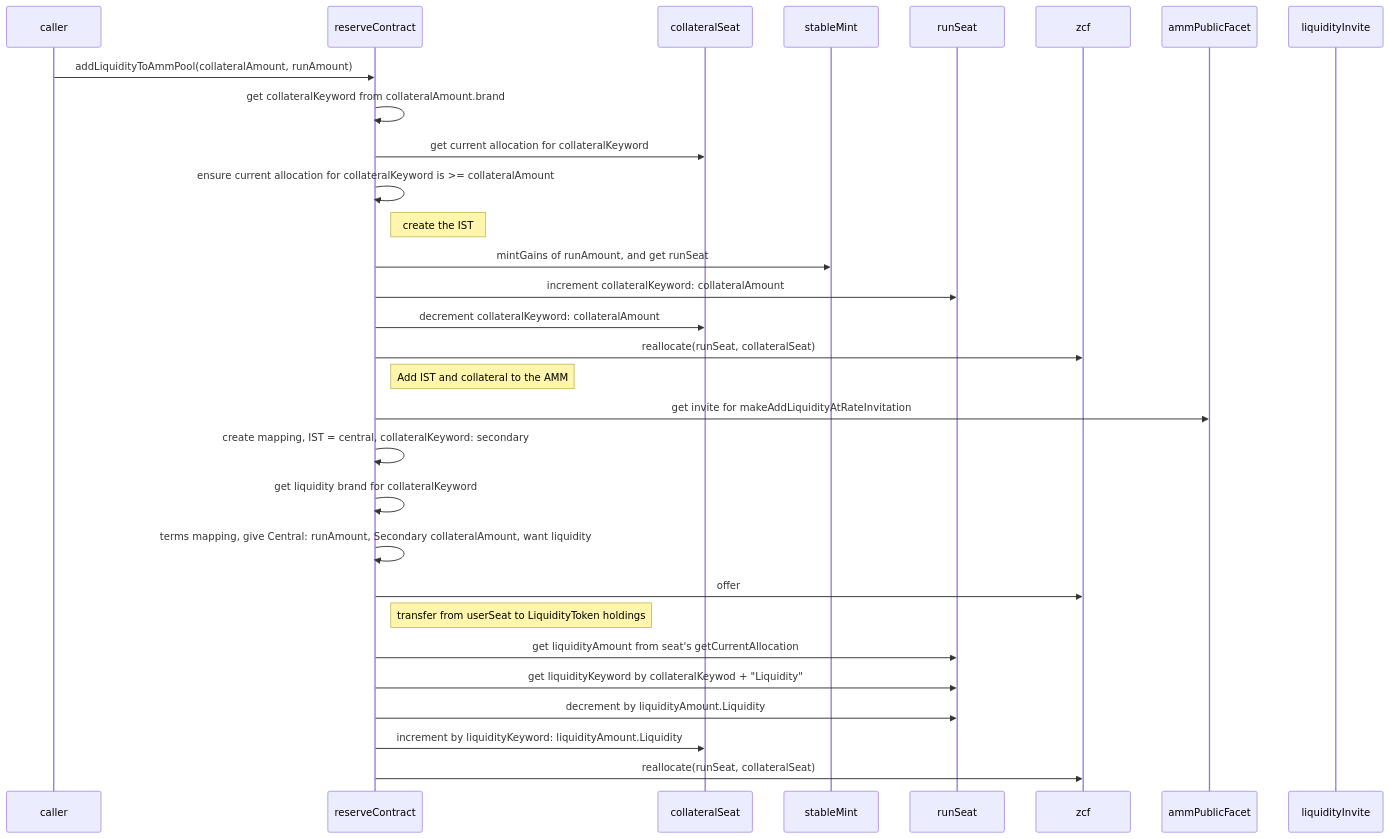
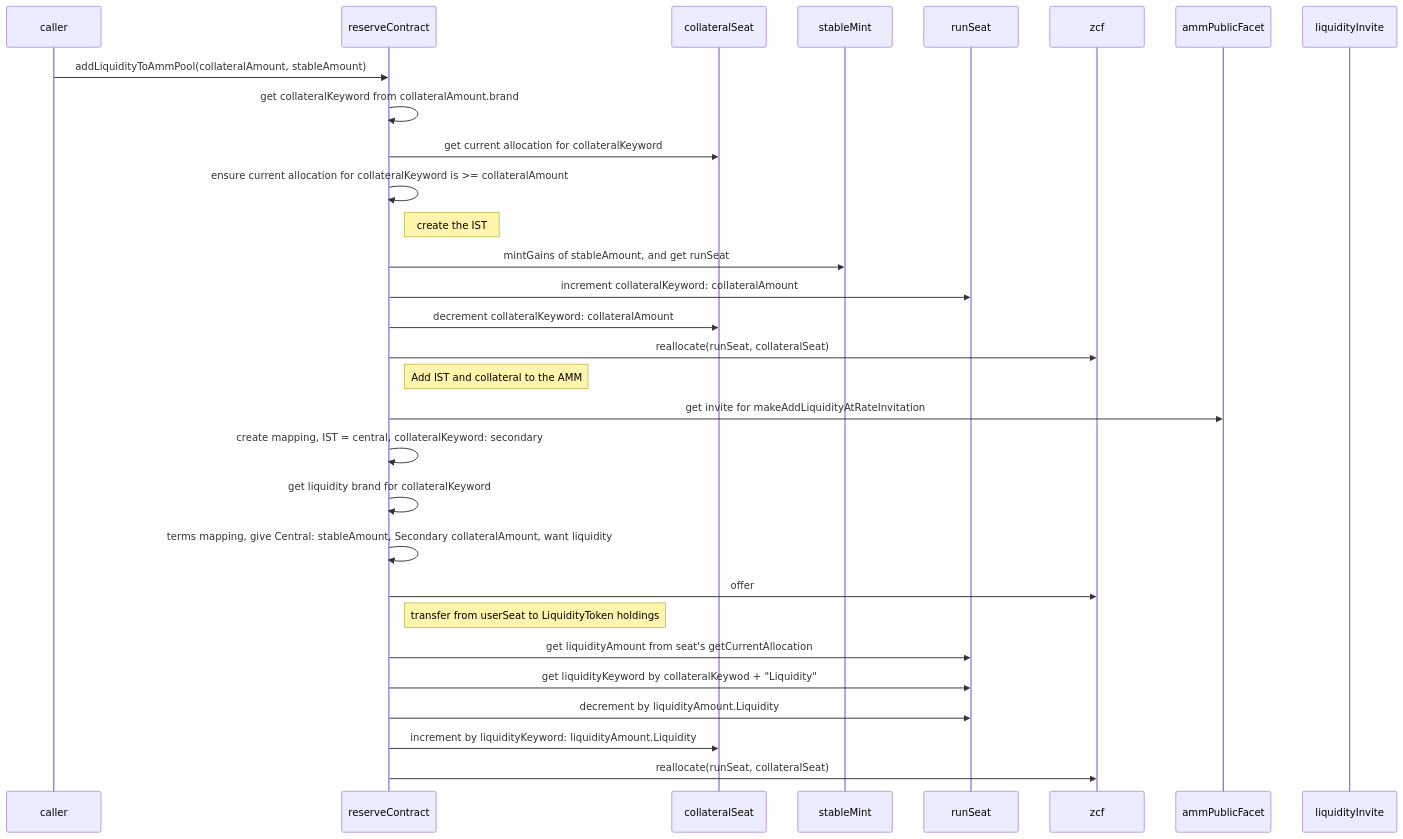
The fifth of 5 diagrams in packages/inter-protocol/src/reserve/doc.md (Agoric/agoric-sdk), drawn with Mermaid before and after one commit. The commit also changed 1 other file, not shown here.

Commit message:
chore: runAmount → stableAmount

````diff
--- a/packages/inter-protocol/src/reserve/doc.md
+++ b/packages/inter-protocol/src/reserve/doc.md
@@ -87,41 +87,41 @@
 ```mermaid
 sequenceDiagram
 
 participant caller
 participant reserveContract
 participant collateralSeat
 participant stableMint
 participant runSeat
 participant zcf
 participant ammPublicFacet
 participant liquidityInvite
 
-caller ->> reserveContract: addLiquidityToAmmPool(collateralAmount, runAmount)
+caller ->> reserveContract: addLiquidityToAmmPool(collateralAmount, stableAmount)
 reserveContract ->> reserveContract: get collateralKeyword from collateralAmount.brand
 reserveContract ->> collateralSeat: get current allocation for collateralKeyword
 reserveContract ->> reserveContract: ensure  current allocation for collateralKeyword is >= collateralAmount
 
 
 note right of reserveContract: create the IST
-reserveContract ->> stableMint: mintGains of runAmount, and get runSeat
+reserveContract ->> stableMint: mintGains of stableAmount, and get runSeat
 reserveContract ->> runSeat: increment collateralKeyword: collateralAmount
 reserveContract ->> collateralSeat: decrement collateralKeyword: collateralAmount
 reserveContract ->> zcf: reallocate(runSeat, collateralSeat)
 
 note right of reserveContract: Add IST and collateral to the AMM
 reserveContract ->> ammPublicFacet: get invite for makeAddLiquidityAtRateInvitation
 reserveContract ->> reserveContract: create mapping, IST = central, collateralKeyword: secondary
 reserveContract ->> reserveContract: get liquidity brand for collateralKeyword
-reserveContract ->> reserveContract: terms mapping, give Central: runAmount, Secondary collateralAmount, want liquidity
+reserveContract ->> reserveContract: terms mapping, give Central: stableAmount, Secondary collateralAmount, want liquidity
 reserveContract ->> zcf: offer
 
 
 note right of reserveContract: transfer from userSeat to LiquidityToken holdings
 reserveContract ->> runSeat: get liquidityAmount from seat's getCurrentAllocation
 reserveContract ->> runSeat: get liquidityKeyword by collateralKeywod + "Liquidity"
 
 reserveContract ->> runSeat: decrement by liquidityAmount.Liquidity
 reserveContract ->> collateralSeat: increment by liquidityKeyword: liquidityAmount.Liquidity
 reserveContract ->> zcf: reallocate(runSeat, collateralSeat)
 
 ```
````
